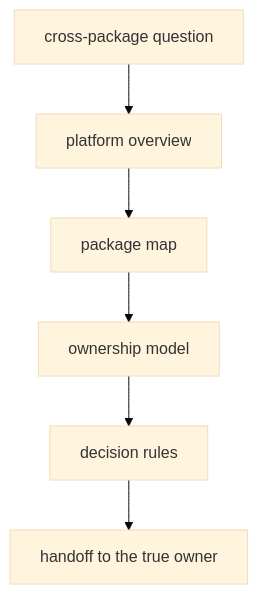
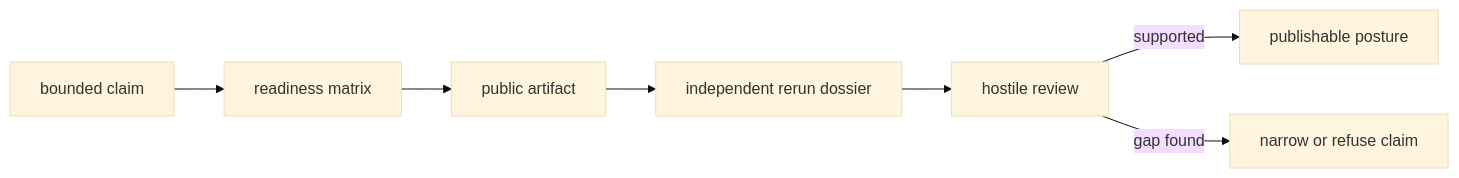
Before and after one commit to bijux/bijux-proteomics: the second of 2 diagrams in docs/01-bijux-proteomics/foundation/index.md, drawn with Mermaid (base theme). The commit also changed other lines of this file and 2 other files, not shown here.

````diff
--- a/docs/01-bijux-proteomics/foundation/index.md
+++ b/docs/01-bijux-proteomics/foundation/index.md
@@ -27,15 +73,9 @@
 ```mermaid
-flowchart TB
-    question["cross-package question"]
-    platform["platform overview"]
-    package["package map"]
-    ownership["ownership model"]
-    rules["decision rules"]
-    handoff["handoff to the true owner"]
-
-    question --> platform
-    platform --> package
-    package --> ownership
-    ownership --> rules
-    rules --> handoff
+flowchart LR
+    C["bounded claim"] --> M["readiness matrix"]
+    M --> A["public artifact"]
+    A --> D["independent rerun dossier"]
+    D --> H["hostile review"]
+    H -->|supported| P["publishable posture"]
+    H -->|gap found| N["narrow or refuse claim"]
 ```
````
